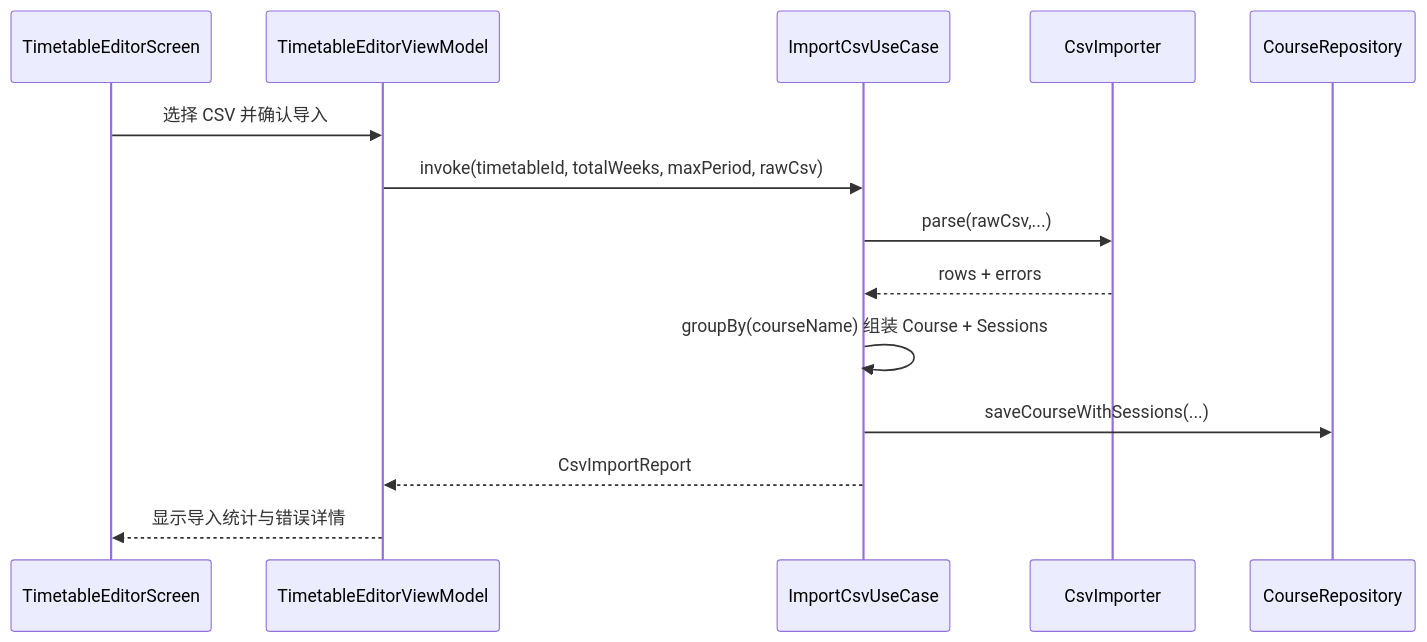
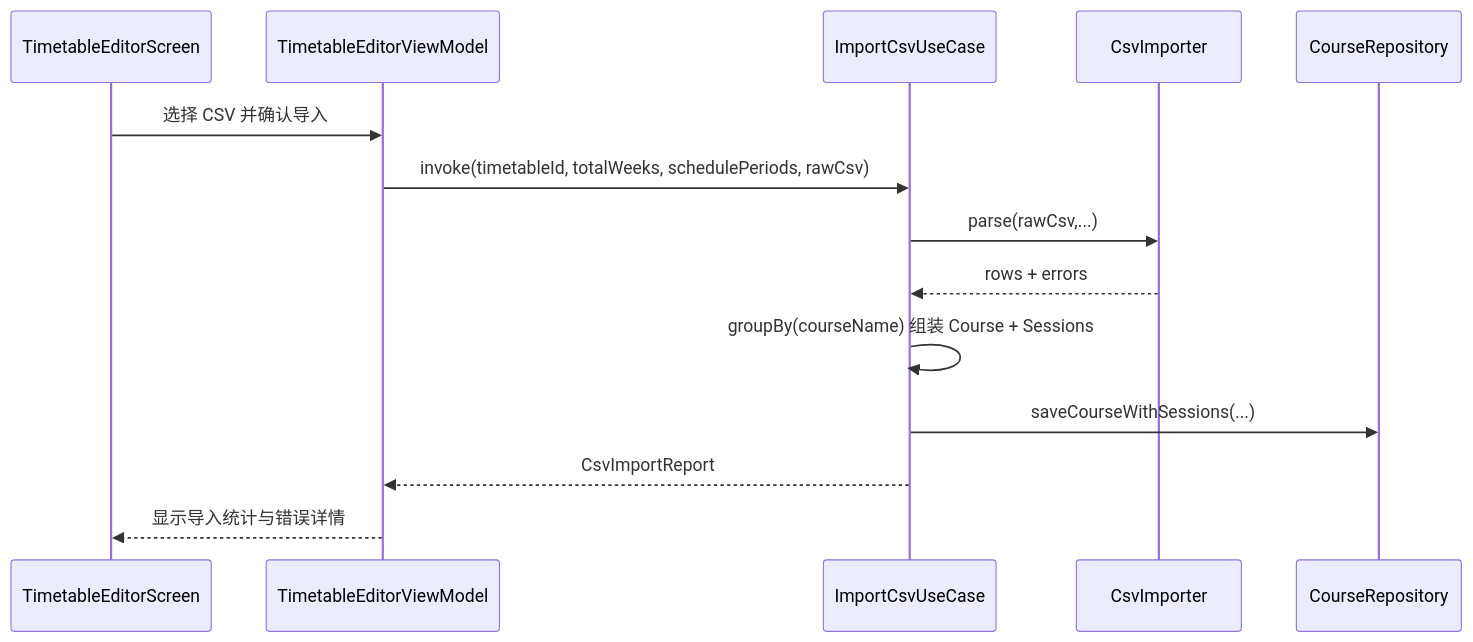
Before and after one commit to Kurosu-Ti01/SleepIn: the first of 3 diagrams in docs/SleepIn-Docs/docs/dev/3.business/4.csv-integration.md, drawn with Mermaid. The commit also changed other lines of this file and 8 other files, not shown here.

````diff
--- a/docs/SleepIn-Docs/docs/dev/3.business/4.csv-integration.md
+++ b/docs/SleepIn-Docs/docs/dev/3.business/4.csv-integration.md
@@ -39,17 +39,17 @@
 ```mermaid
 sequenceDiagram
     participant UI as TimetableEditorScreen
     participant VM as TimetableEditorViewModel
     participant UC as ImportCsvUseCase
     participant Importer as CsvImporter
     participant Repo as CourseRepository
 
     UI->>VM: 选择 CSV 并确认导入
-    VM->>UC: invoke(timetableId, totalWeeks, maxPeriod, rawCsv)
+    VM->>UC: invoke(timetableId, totalWeeks, schedulePeriods, rawCsv)
     UC->>Importer: parse(rawCsv,...)
     Importer-->>UC: rows + errors
     UC->>UC: groupBy(courseName) 组装 Course + Sessions
     UC->>Repo: saveCourseWithSessions(...)
     UC-->>VM: CsvImportReport
     VM-->>UI: 显示导入统计与错误详情
 ```
````
